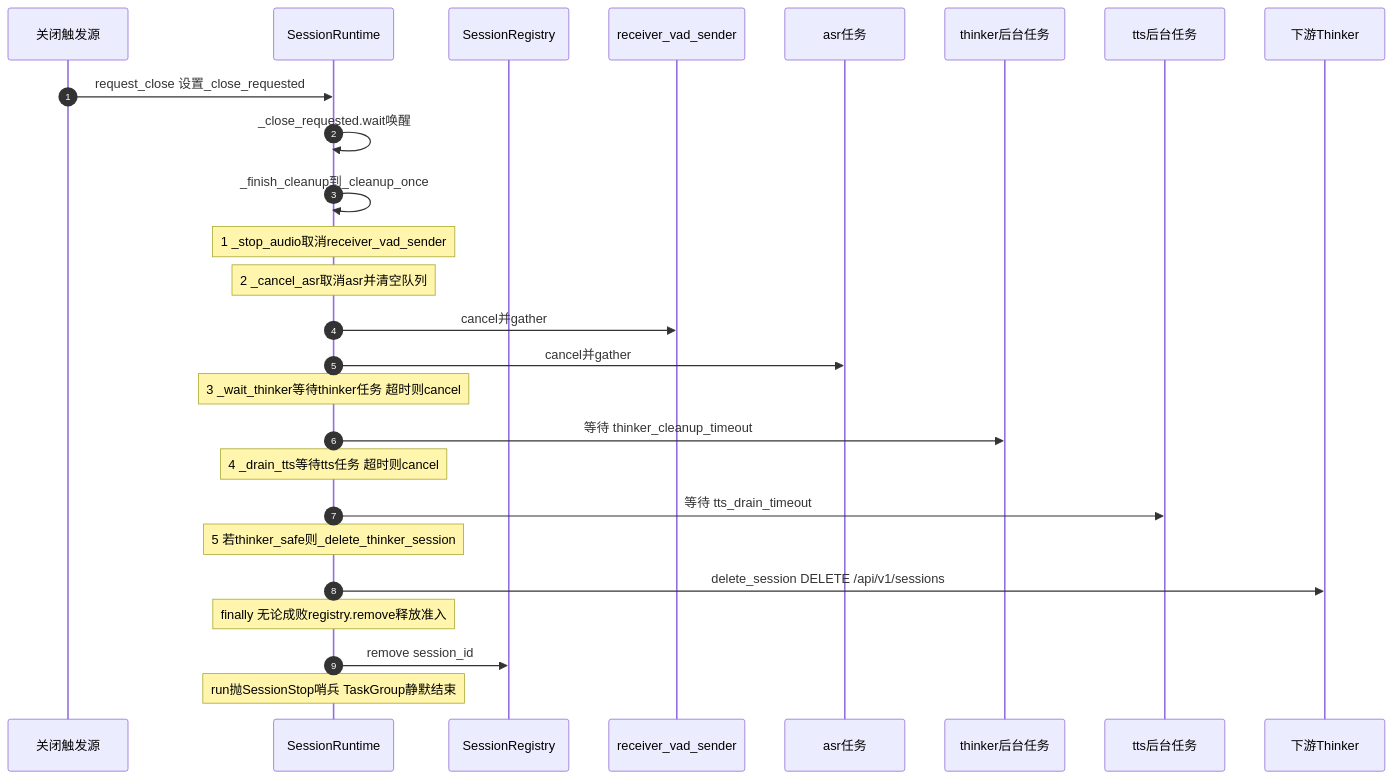
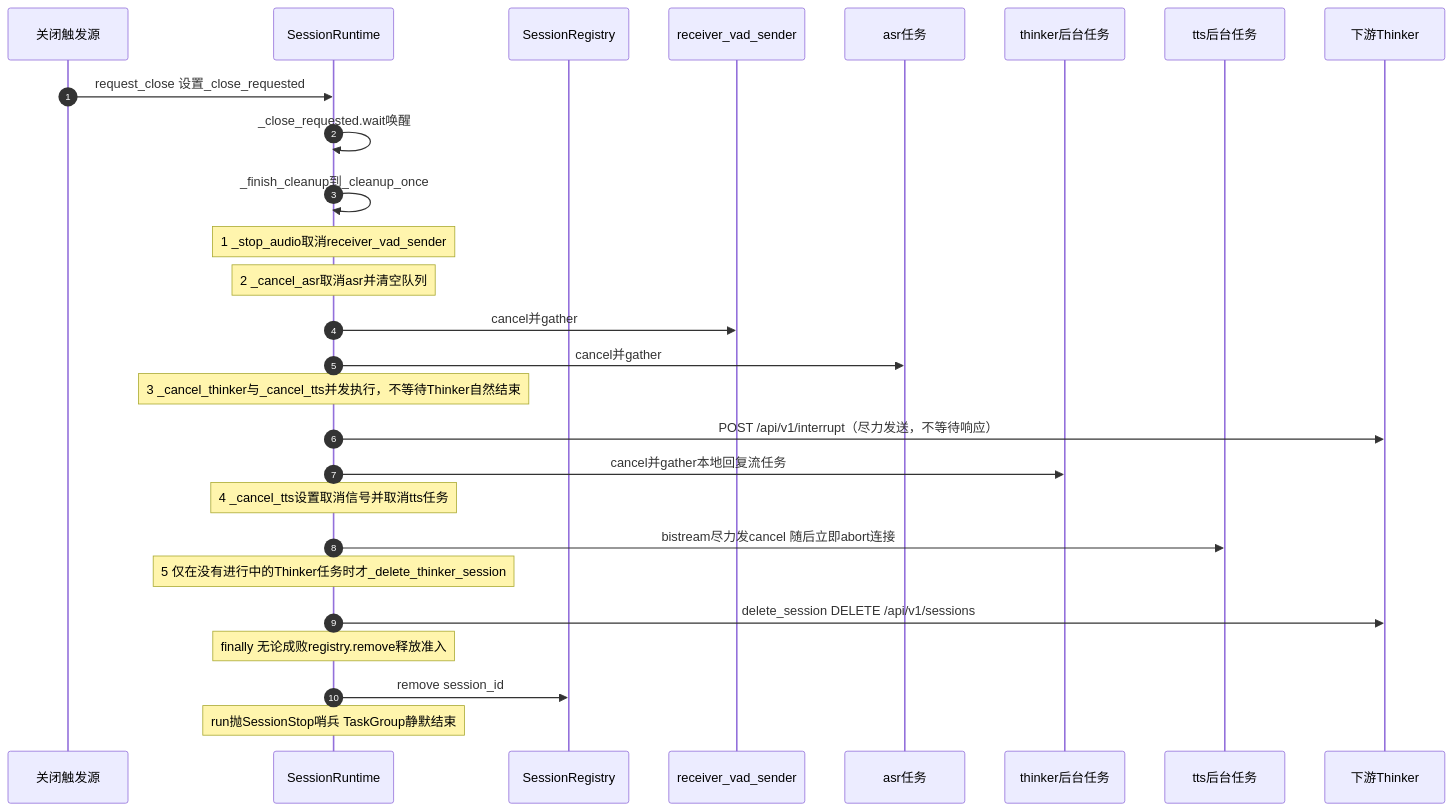
Before and after one commit to JetChennn/RealTimeVoiceApi: the third of 3 diagrams in docs/realtime-voice-sequence-diagram.md, drawn with Mermaid. The commit also changed other lines of this file and 32 other files, not shown here.

````diff
--- a/docs/realtime-voice-sequence-diagram.md
+++ b/docs/realtime-voice-sequence-diagram.md
@@ -193,29 +196,30 @@
 ```mermaid
 sequenceDiagram
     autonumber
     participant Trig as 关闭触发源
     participant RT as SessionRuntime
     participant Reg as SessionRegistry
     participant Audio as receiver_vad_sender
     participant ASR as asr任务
     participant Thinker as thinker后台任务
     participant TTS as tts后台任务
     participant DThinker as 下游Thinker
 
     Trig->>RT: request_close 设置_close_requested
     RT->>RT: _close_requested.wait唤醒
     RT->>RT: _finish_cleanup到_cleanup_once
     Note over RT: 1 _stop_audio取消receiver_vad_sender
     Note over RT: 2 _cancel_asr取消asr并清空队列
     RT->>Audio: cancel并gather
     RT->>ASR: cancel并gather
-    Note over RT: 3 _wait_thinker等待thinker任务 超时则cancel
-    RT->>Thinker: 等待 thinker_cleanup_timeout
-    Note over RT: 4 _drain_tts等待tts任务 超时则cancel
-    RT->>TTS: 等待 tts_drain_timeout
-    Note over RT: 5 若thinker_safe则_delete_thinker_session
+    Note over RT: 3 _cancel_thinker与_cancel_tts并发执行，不等待Thinker自然结束
+    RT->>DThinker: POST /api/v1/interrupt（尽力发送，不等待响应）
+    RT->>Thinker: cancel并gather本地回复流任务
+    Note over RT: 4 _cancel_tts设置取消信号并取消tts任务
+    RT->>TTS: bistream尽力发cancel 随后立即abort连接
+    Note over RT: 5 仅在没有进行中的Thinker任务时才_delete_thinker_session
     RT->>DThinker: delete_session DELETE /api/v1/sessions
     Note over RT: finally 无论成败registry.remove释放准入
     RT->>Reg: remove session_id
     Note over RT: run抛SessionStop哨兵 TaskGroup静默结束
 ```
````
